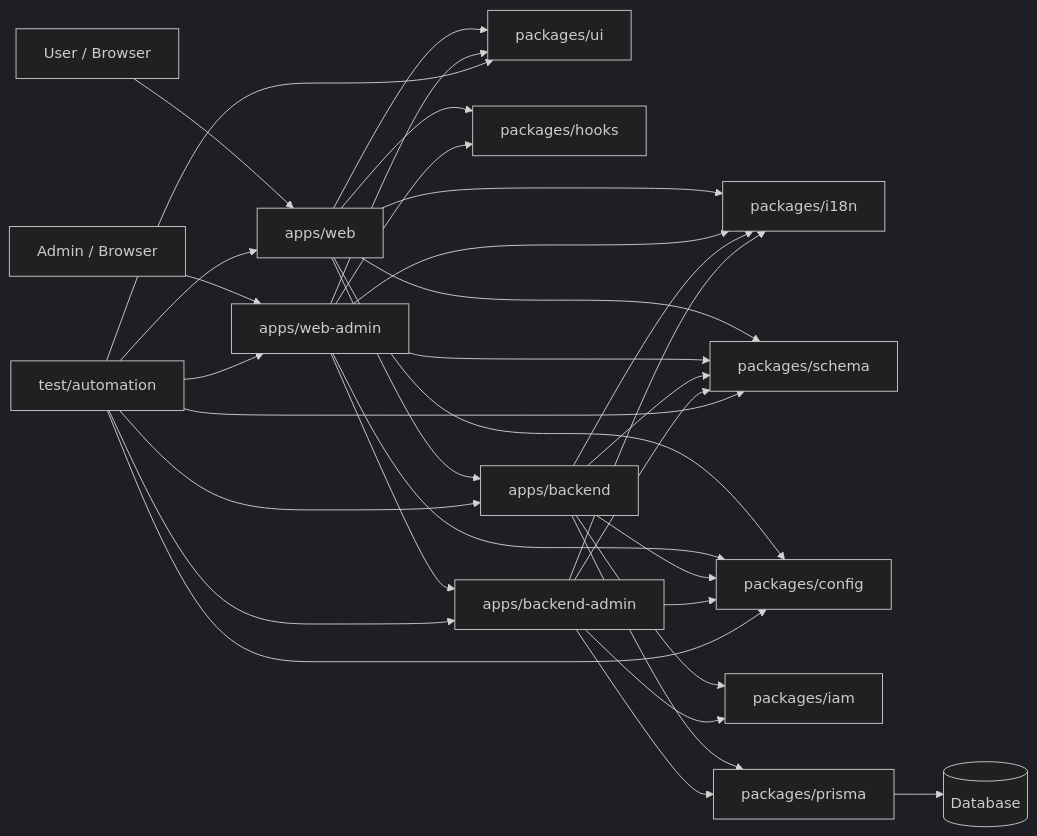
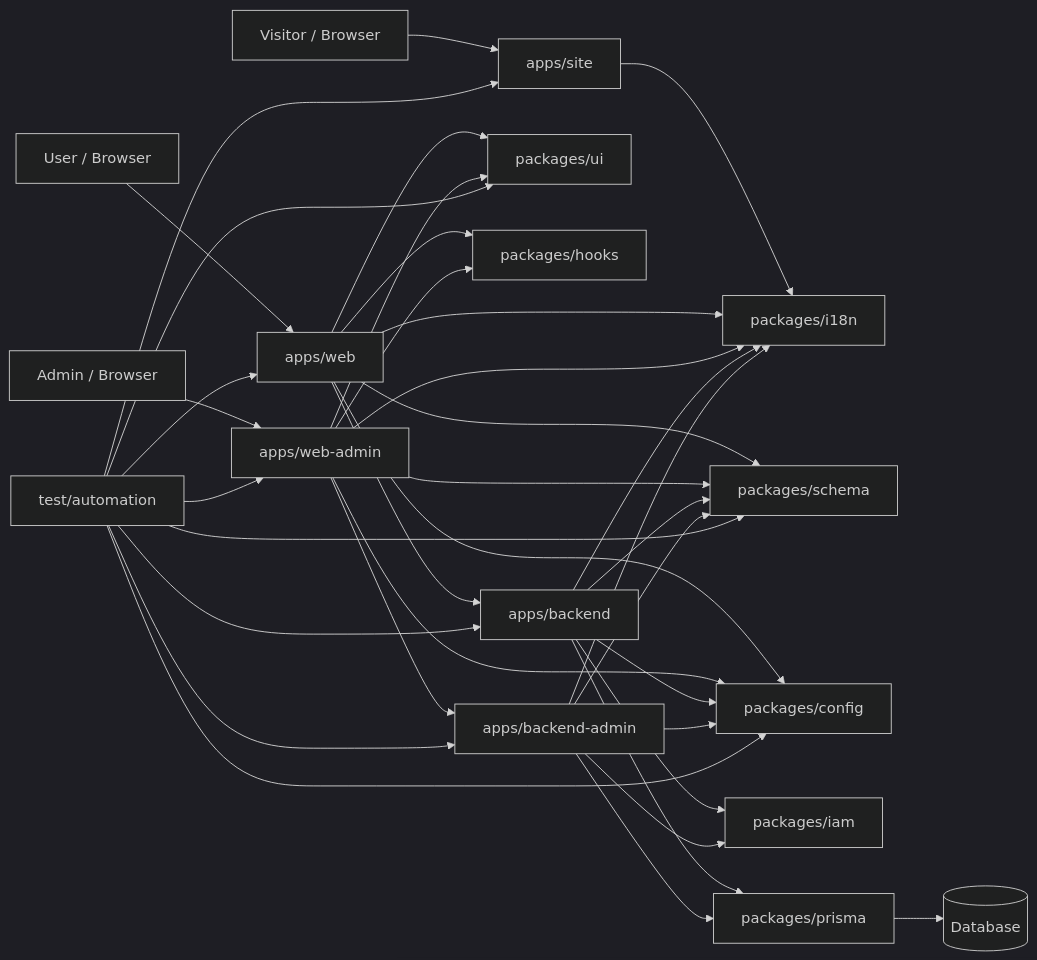
Before and after one commit to tetap/tetap-agent-template: the diagram in README.md, drawn with Mermaid (dark theme). The commit also changed other lines of this file and 36 other files, not shown here.

````diff
--- a/README.md
+++ b/README.md
@@ -76,35 +78,38 @@
 ```mermaid
 flowchart LR
   User[User / Browser] --> Web[apps/web]
+  Visitor[Visitor / Browser] --> Site[apps/site]
   AdminUser[Admin / Browser] --> WebAdmin[apps/web-admin]
+  Site --> I18n[packages/i18n]
   Web --> UI[packages/ui]
   Web --> Hooks[packages/hooks]
   Web --> I18n[packages/i18n]
   Web --> Schema[packages/schema]
   Web --> Config[packages/config]
   Web --> Backend[apps/backend]
   WebAdmin --> UI
   WebAdmin --> Hooks
   WebAdmin --> I18n
   WebAdmin --> Schema
   WebAdmin --> Config
   WebAdmin --> BackendAdmin[apps/backend-admin]
   Backend --> IAM[packages/iam]
   BackendAdmin --> IAM
   Backend --> Config
   Backend --> I18n
   Backend --> Schema
   Backend --> Prisma[packages/prisma]
   BackendAdmin --> Config
   BackendAdmin --> I18n
   BackendAdmin --> Schema
   BackendAdmin --> Prisma
   Prisma --> DB[(Database)]
   Tests[test/automation] --> Web
+  Tests --> Site
   Tests --> WebAdmin
   Tests --> Backend
   Tests --> BackendAdmin
   Tests --> Config
   Tests --> Schema
   Tests --> UI
 ```
````
